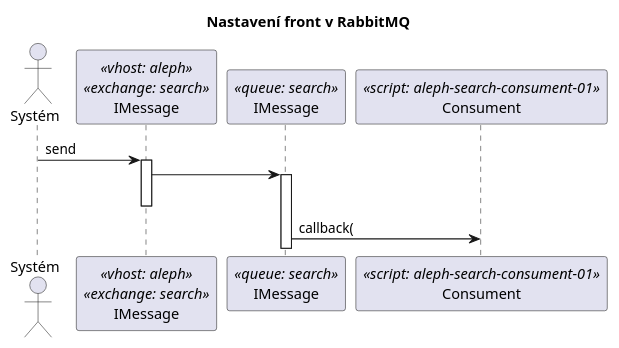
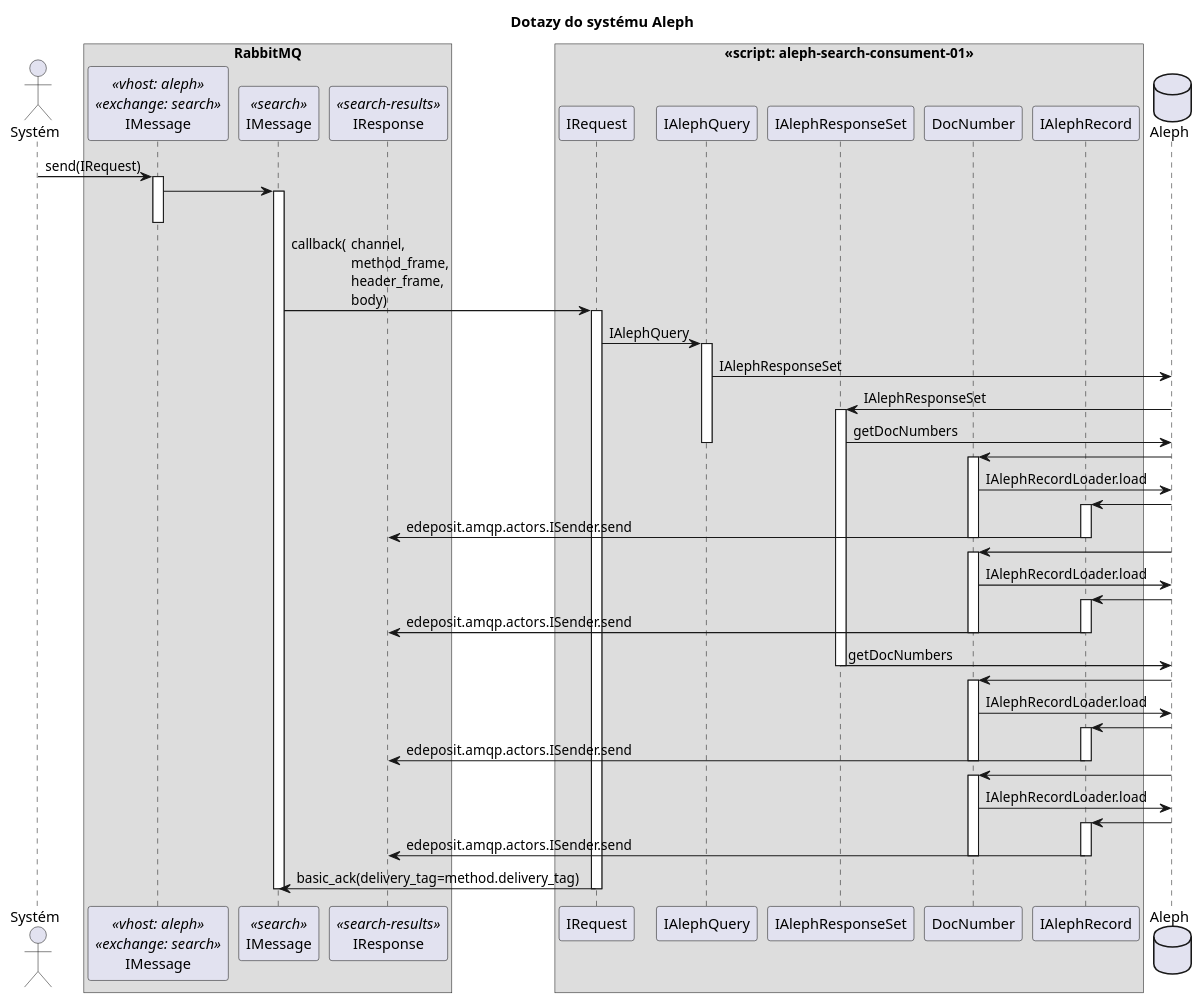
The diagram in docs/middleware/seq02.plantuml (edeposit/edeposit), drawn with PlantUML before and after one commit. The commit also changed 4 other files, not shown here.

Commit message:
added sequence for Aleph communication. resolve jstavel/edeposit.amqp.aleph#1

```diff
--- a/docs/middleware/seq02.plantuml
+++ b/docs/middleware/seq02.plantuml
@@ -1,21 +1,87 @@
 @startuml
-title Nastavení front v RabbitMQ
+title Dotazy do systému Aleph
 skinparam componentStyle uml2
 
 actor "Systém" as System
-participant IMessage <<vhost: aleph>> <<exchange: search>>
-participant "IMessage" as SearchQueue <<queue: search>>
-System -> IMessage : send
+box "RabbitMQ"
+    participant IMessage <<vhost: aleph>> <<exchange: search>>
+    participant "IMessage" as SearchQueue <<search>>
+    participant IResponse <<search-results>>
+end box
+
+System -> IMessage : send(IRequest)
 activate IMessage
 
 IMessage -> SearchQueue
 activate SearchQueue
-
 deactivate IMessage
 
-participant Consument <<script: aleph-search-consument-01>>
+box "<<script: aleph-search-consument-01>>"
+    participant IRequest
+    participant IAlephQuery
+    participant IAlephResponseSet 
+    participant DocNumber
+    participant IAlephRecord
+end box
 
-SearchQueue -> Consument : callback(
+SearchQueue -> IRequest : callback(\t channel,\n\t\t method_frame,\n\t\t header_frame,\n\t\t body)
+
+activate IRequest
+
+IRequest -> IAlephQuery : IAlephQuery 
+activate IAlephQuery
+
+database Aleph
+IAlephQuery -> Aleph : IAlephResponseSet
+Aleph -> IAlephResponseSet : IAlephResponseSet
+
+activate IAlephResponseSet
+
+IAlephResponseSet -> Aleph : getDocNumbers
+deactivate IAlephQuery
 
 
+Aleph -> DocNumber
+activate DocNumber
+DocNumber -> Aleph : IAlephRecordLoader.load 
+Aleph -> IAlephRecord
+activate IAlephRecord
+IAlephRecord -> IResponse : edeposit.amqp.actors.ISender.send
+deactivate DocNumber
+deactivate IAlephRecord
+
+Aleph -> DocNumber
+activate DocNumber
+DocNumber -> Aleph : IAlephRecordLoader.load 
+Aleph -> IAlephRecord
+activate IAlephRecord
+IAlephRecord -> IResponse : edeposit.amqp.actors.ISender.send
+deactivate DocNumber
+deactivate IAlephRecord
+
+IAlephResponseSet -> Aleph : getDocNumbers
+deactivate IAlephResponseSet
+
+Aleph -> DocNumber
+activate DocNumber
+DocNumber -> Aleph : IAlephRecordLoader.load 
+Aleph -> IAlephRecord
+activate IAlephRecord
+IAlephRecord -> IResponse : edeposit.amqp.actors.ISender.send
+deactivate DocNumber
+deactivate IAlephRecord
+
+Aleph -> DocNumber
+activate DocNumber
+DocNumber -> Aleph : IAlephRecordLoader.load 
+Aleph -> IAlephRecord
+activate IAlephRecord
+IAlephRecord -> IResponse : edeposit.amqp.actors.ISender.send
+deactivate DocNumber
+deactivate IAlephRecord
+
+IRequest -> SearchQueue : basic_ack(delivery_tag=method.delivery_tag)
+deactivate SearchQueue
+deactivate IRequest
+
 @enduml
```
